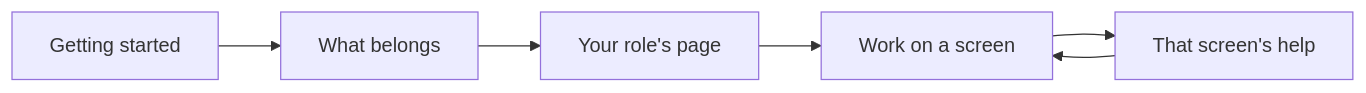
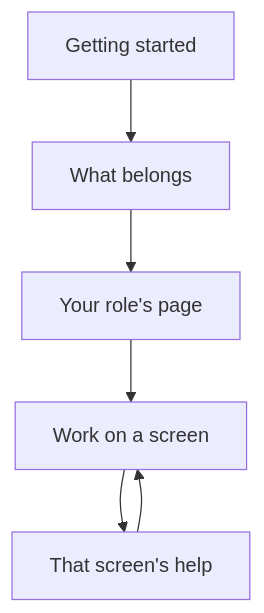
Before and after one commit to roanboc/dbx-enterprise-architecture: the diagram in docs/guide/screens/guide.md, drawn with Mermaid. The commit also changed 23 other files, not shown here.

First line of the commit message:
feat(metamodel): every metamodel held or shipped on the Versions tab, a shipped one added by an admin; help flows drawn top down

````diff
--- a/docs/guide/screens/guide.md
+++ b/docs/guide/screens/guide.md
@@ -38,8 +38,8 @@
 ```mermaid
-flowchart LR
+flowchart TD
   a["Getting started"] --> b["What belongs"]
   b --> c["Your role's page"]
   c --> d["Work on a screen"]
   d --> e["That screen's help"]
   e --> d
 ```
````
